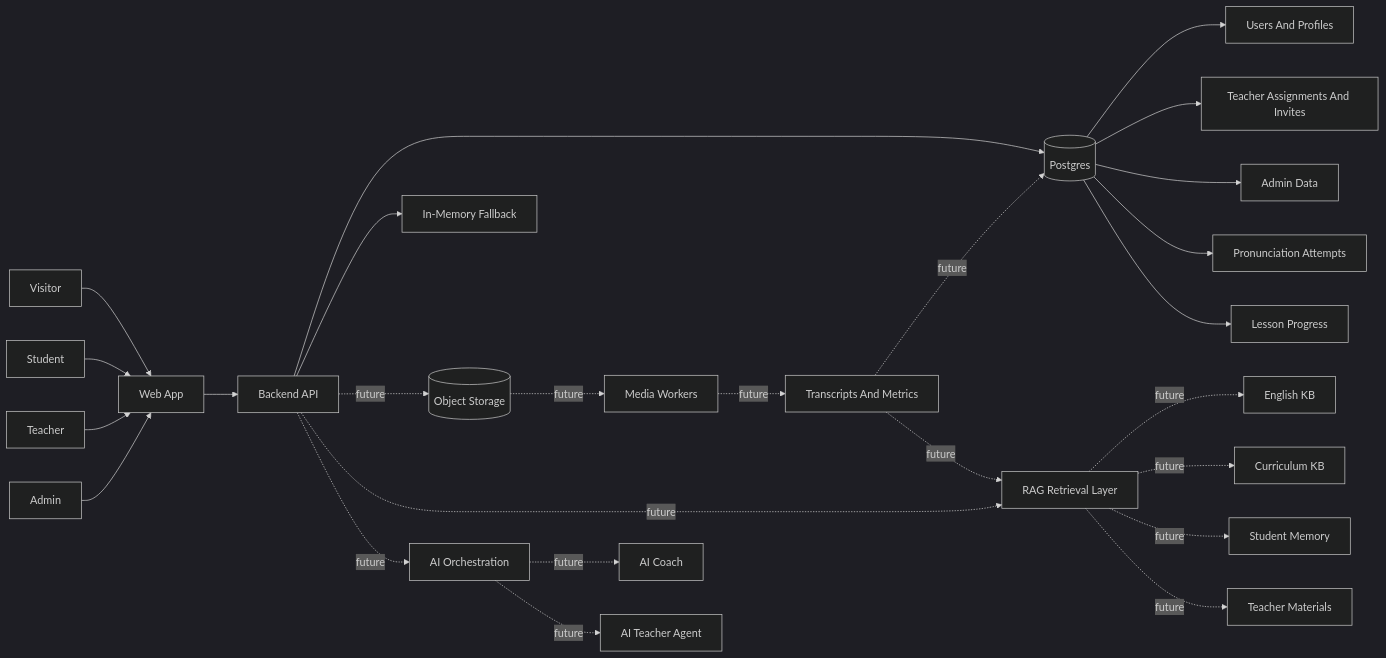
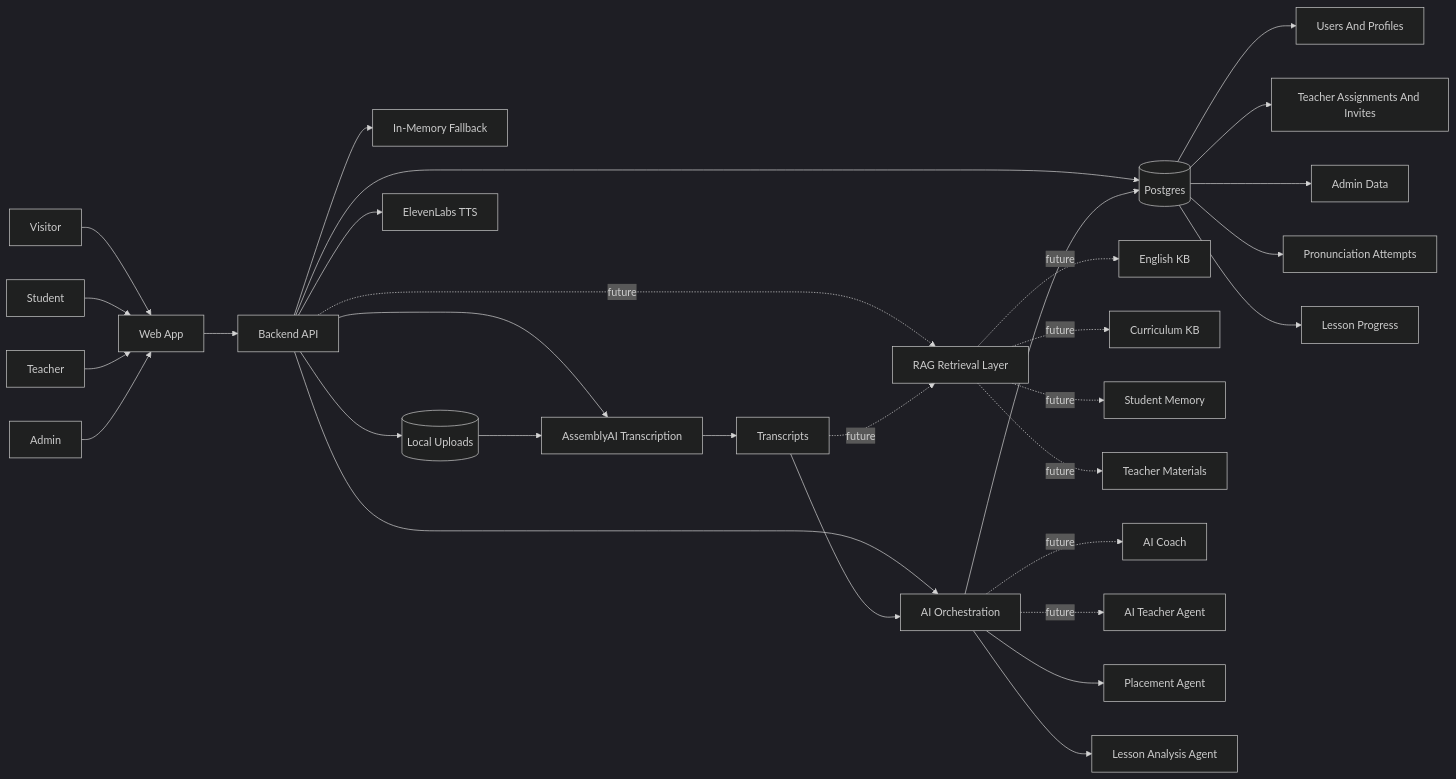
One commit to lvoliveiratec/english_app changed the first of 8 diagrams in architecture/06-diagrams.md. Above: the diagram before and after it, drawn with Mermaid (dark theme). The commit also changed other lines of this file and 21 other files, not shown here.

````diff
--- a/architecture/06-diagrams.md
+++ b/architecture/06-diagrams.md
@@ -7,33 +7,38 @@
 ```mermaid
 flowchart LR
   Visitor[Visitor] --> Web[Web App]
   Student[Student] --> Web
   Teacher[Teacher] --> Web
   Admin[Admin] --> Web
 
   Web --> API[Backend API]
   API --> DB[(Postgres)]
   API --> Memory[In-Memory Fallback]
-  API -. future .-> Storage[(Object Storage)]
+  API --> LocalUploads[(Local Uploads)]
   API -. future .-> RAG[RAG Retrieval Layer]
-  API -. future .-> AI[AI Orchestration]
+  API --> AI[AI Orchestration]
+  API --> TTS[ElevenLabs TTS]
+  API --> AssemblyAI[AssemblyAI Transcription]
 
   DB --> Users[Users And Profiles]
   DB --> Assignments[Teacher Assignments And Invites]
   DB --> AdminData[Admin Data]
   DB --> Attempts[Pronunciation Attempts]
   DB --> Progress[Lesson Progress]
 
-  Storage -. future .-> Workers[Media Workers]
-  Workers -. future .-> Transcripts[Transcripts And Metrics]
-  Transcripts -. future .-> DB
+  LocalUploads --> AssemblyAI
+  AssemblyAI --> Transcripts[Transcripts]
+  Transcripts --> AI
+  AI --> DB
   Transcripts -. future .-> RAG
 
   RAG -. future .-> EnglishKB[English KB]
   RAG -. future .-> CurriculumKB[Curriculum KB]
   RAG -. future .-> StudentMemory[Student Memory]
   RAG -. future .-> TeacherMaterials[Teacher Materials]
 
   AI -. future .-> Coach[AI Coach]
   AI -. future .-> TeacherAgent[AI Teacher Agent]
+  AI --> Placement[Placement Agent]
+  AI --> LessonAnalysis[Lesson Analysis Agent]
 ```
````
